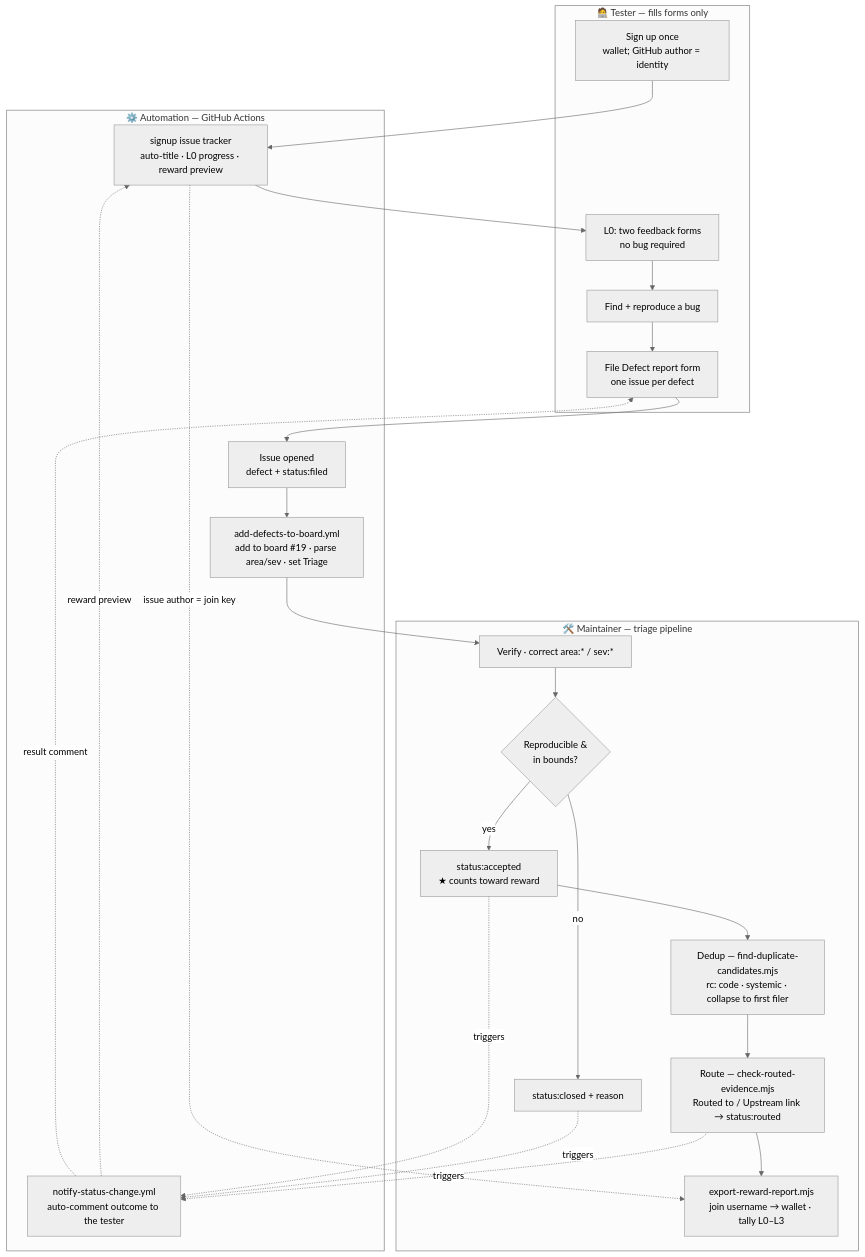
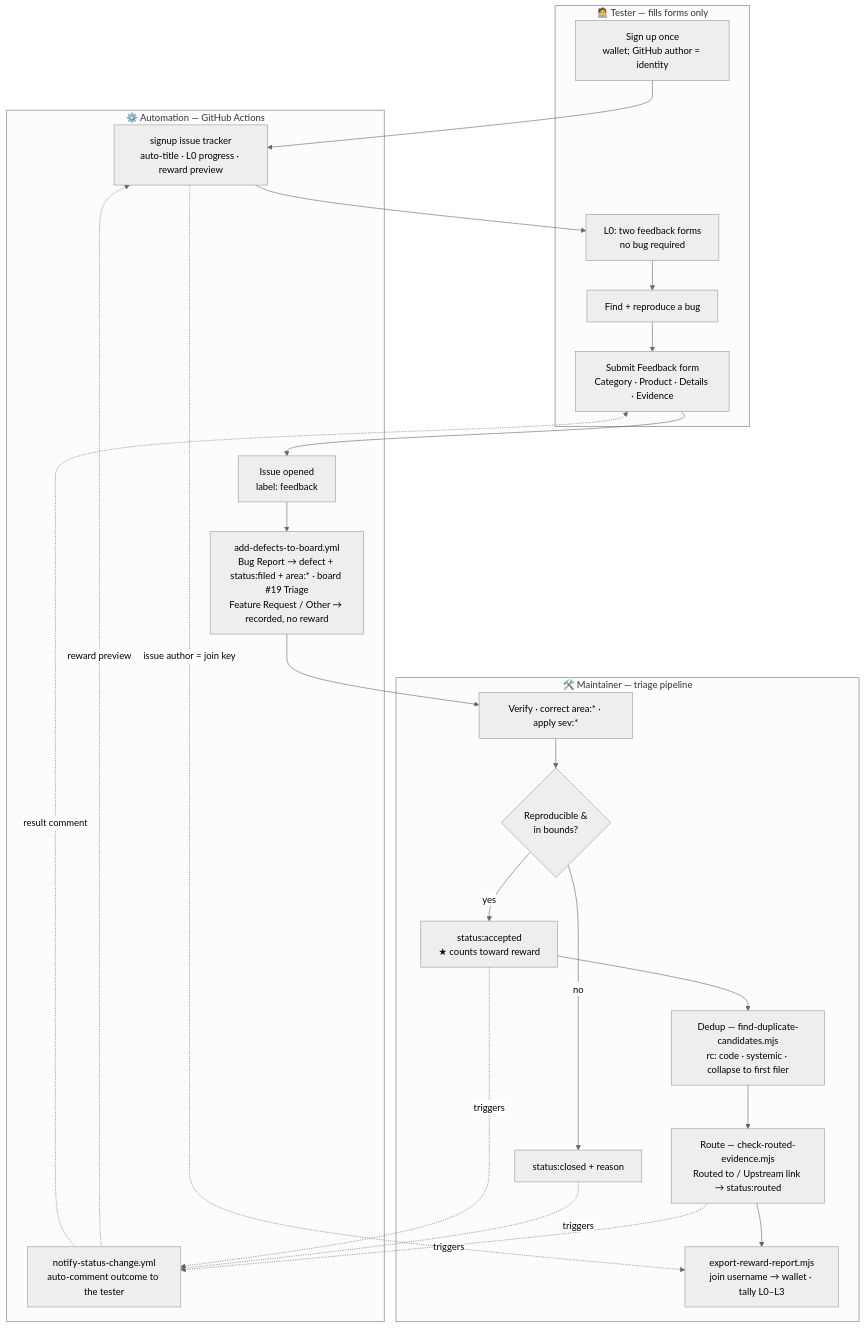
One commit to 0gfoundation/0g-testing-hub changed the first of 2 diagrams in docs/WORKFLOWS.md. Above: the diagram before and after it, drawn with Mermaid (neutral theme). The commit also changed other lines of this file and 18 other files, not shown here.

First line of the commit message:
feat: simplify Defect Report into Submit Feedback (#13)

````diff
--- a/docs/WORKFLOWS.md
+++ b/docs/WORKFLOWS.md
@@ -13,36 +13,36 @@
 ```mermaid
 flowchart TD
     subgraph T["🧑‍💻 Tester — fills forms only"]
       T1["Sign up once<br/>wallet; GitHub author = identity"]
       T2["L0: two feedback forms<br/>no bug required"]
       T3["Find + reproduce a bug"]
-      T4["File Defect report form<br/>one issue per defect"]
+      T4["Submit Feedback form<br/>Category · Product · Details · Evidence"]
     end
 
     subgraph A["⚙️ Automation — GitHub Actions"]
       A0["signup issue tracker<br/>auto-title · L0 progress · reward preview"]
-      A1["Issue opened<br/>defect + status:filed"]
-      A2["add-defects-to-board.yml<br/>add to board #19 · parse area/sev · set Triage"]
+      A1["Issue opened<br/>label: feedback"]
+      A2["add-defects-to-board.yml<br/>Bug Report → defect + status:filed + area:* · board #19 Triage<br/>Feature Request / Other → recorded, no reward"]
       A3["notify-status-change.yml<br/>auto-comment outcome to the tester"]
     end
 
     subgraph M["🛠️ Maintainer — triage pipeline"]
-      M1["Verify · correct area:* / sev:*"]
+      M1["Verify · correct area:* · apply sev:*"]
       M2{"Reproducible &<br/>in bounds?"}
       M3["status:accepted<br/>★ counts toward reward"]
       M4["status:closed + reason"]
       M5["Dedup — find-duplicate-candidates.mjs<br/>rc: code · systemic · collapse to first filer"]
       M6["Route — check-routed-evidence.mjs<br/>Routed to / Upstream link → status:routed"]
       M7["export-reward-report.mjs<br/>join username → wallet · tally L0–L3"]
     end
 
     T1 --> A0 --> T2 --> T3 --> T4 --> A1 --> A2 --> M1 --> M2
     M2 -- yes --> M3 --> M5 --> M6 --> M7
     M2 -- no --> M4
     M3 -. triggers .-> A3
     M4 -. triggers .-> A3
     M6 -. triggers .-> A3
     A3 -. result comment .-> T4
     A3 -. reward preview .-> A0
     A0 -. "issue author = join key" .-> M7
 ```
````
